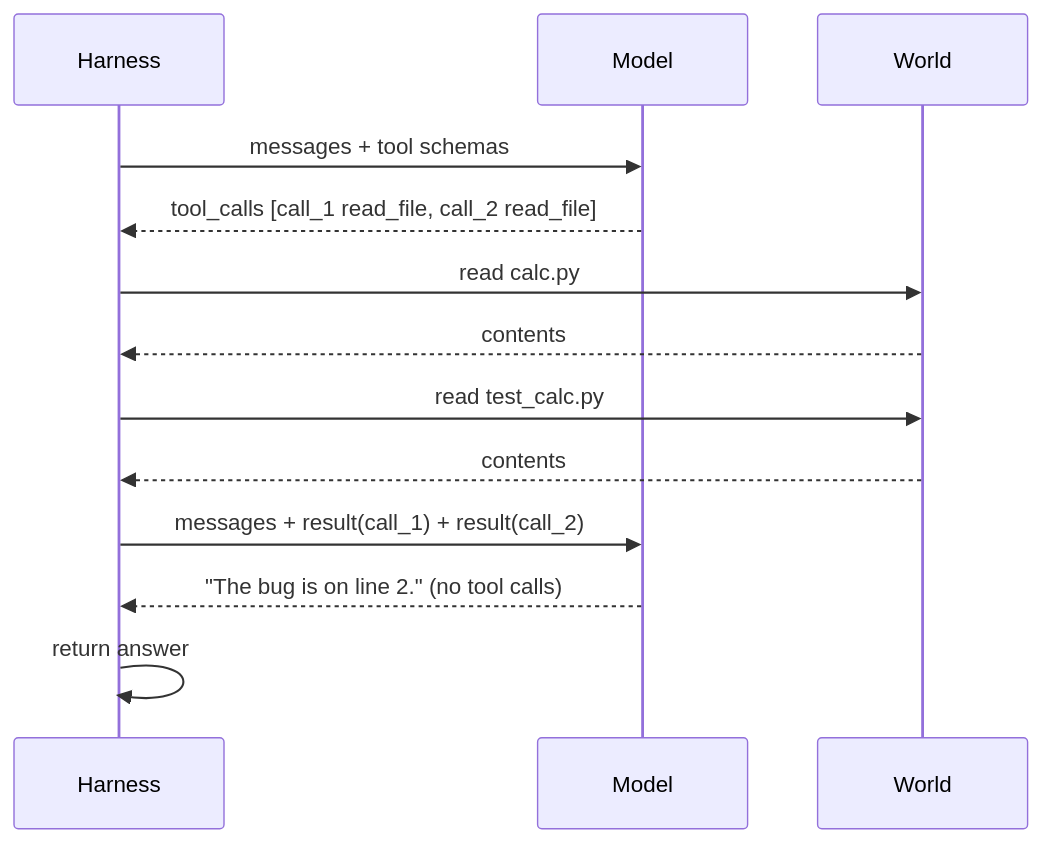
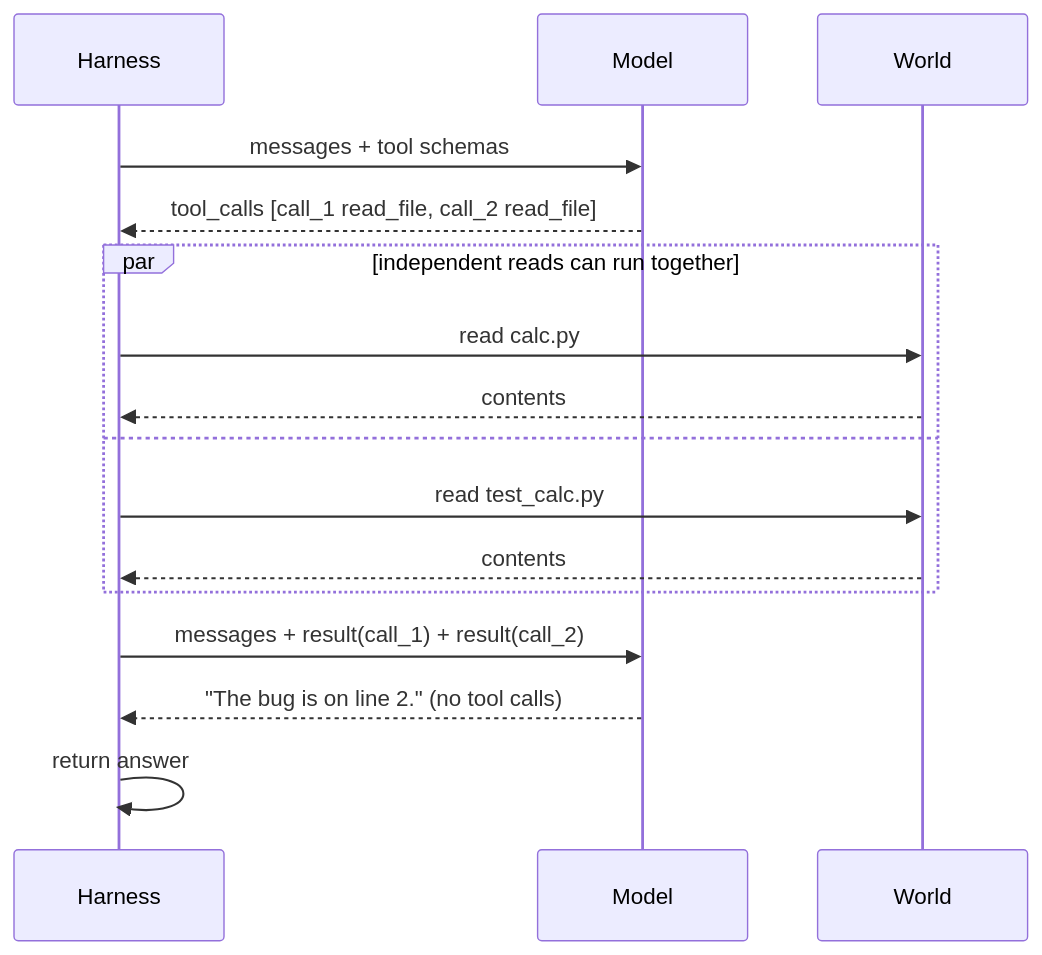
Before and after one commit to AkbarSheikh-debug/harness-engineering: the diagram in guide/01-the-loop.md, drawn with Mermaid. The commit also changed other lines of this file and 116 other files, not shown here.

First line of the commit message:
Redraw every diagram by hand and deepen every page

````diff
--- a/guide/01-the-loop.md
+++ b/guide/01-the-loop.md
@@ -88,15 +127,18 @@
 ```mermaid
 sequenceDiagram
     participant H as Harness
     participant M as Model
     participant W as World
     H->>M: messages + tool schemas
     M-->>H: tool_calls [call_1 read_file, call_2 read_file]
-    H->>W: read calc.py
-    W-->>H: contents
-    H->>W: read test_calc.py
-    W-->>H: contents
+    par independent reads can run together
+        H->>W: read calc.py
+        W-->>H: contents
+    and
+        H->>W: read test_calc.py
+        W-->>H: contents
+    end
     H->>M: messages + result(call_1) + result(call_2)
     M-->>H: "The bug is on line 2." (no tool calls)
     H->>H: return answer
 ```
````
